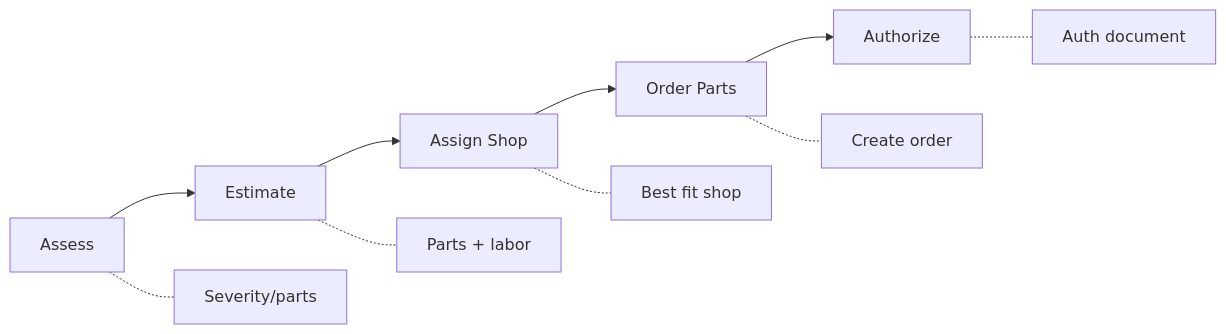
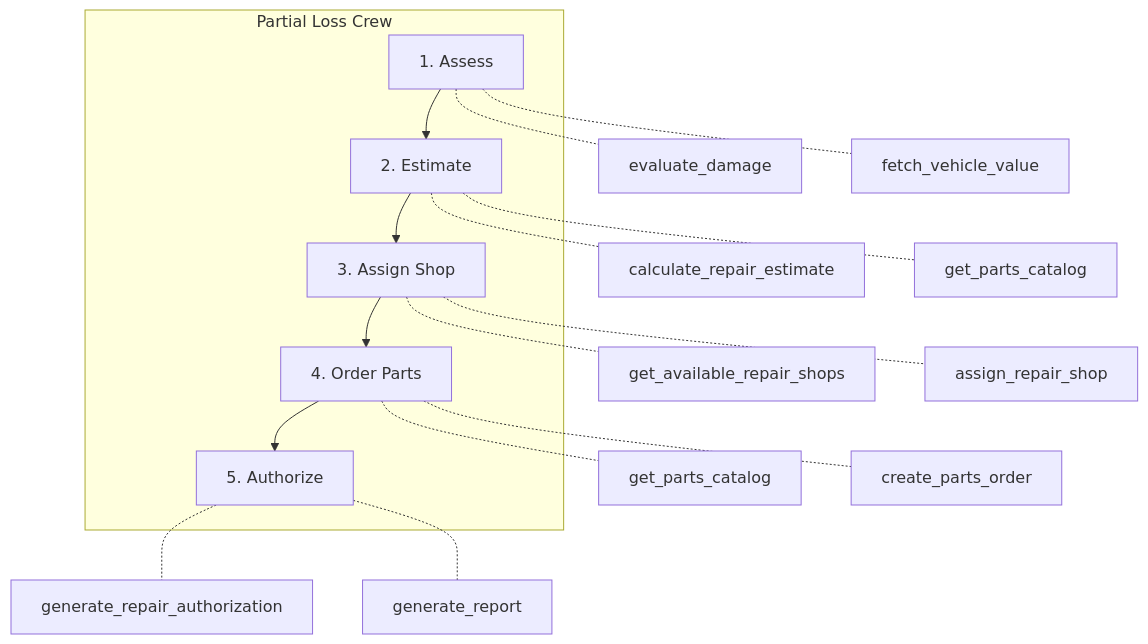
One commit to csmangum/auto-agent changed the sixth of 6 diagrams in docs/crews.md. Above: the diagram before and after it, drawn with Mermaid. The commit also changed other lines of this file and 1 other file, not shown here.

First line of the commit message:
Formalize Partial Loss flow per #66

````diff
--- a/docs/crews.md
+++ b/docs/crews.md
@@ -280,10 +288,21 @@
 ```mermaid
-flowchart LR
-    A[Assess] --> B[Estimate] --> C[Assign Shop] --> D[Order Parts] --> E[Authorize]
+flowchart TB
+    subgraph PartialLoss["Partial Loss Crew"]
+        A[1. Assess] --> B[2. Estimate] --> C[3. Assign Shop] --> D[4. Order Parts] --> E[5. Authorize]
+    end
     
-    A -.- A1[Severity/parts]
-    B -.- B1[Parts + labor]
-    C -.- C1[Best fit shop]
-    D -.- D1[Create order]
-    E -.- E1[Auth document]
+    A -.- A1[evaluate_damage]
+    A -.- A2[fetch_vehicle_value]
+    
+    B -.- B1[calculate_repair_estimate]
+    B -.- B2[get_parts_catalog]
+    
+    C -.- C1[get_available_repair_shops]
+    C -.- C2[assign_repair_shop]
+    
+    D -.- D1[get_parts_catalog]
+    D -.- D2[create_parts_order]
+    
+    E -.- E1[generate_repair_authorization]
+    E -.- E2[generate_report]
 ```
````
